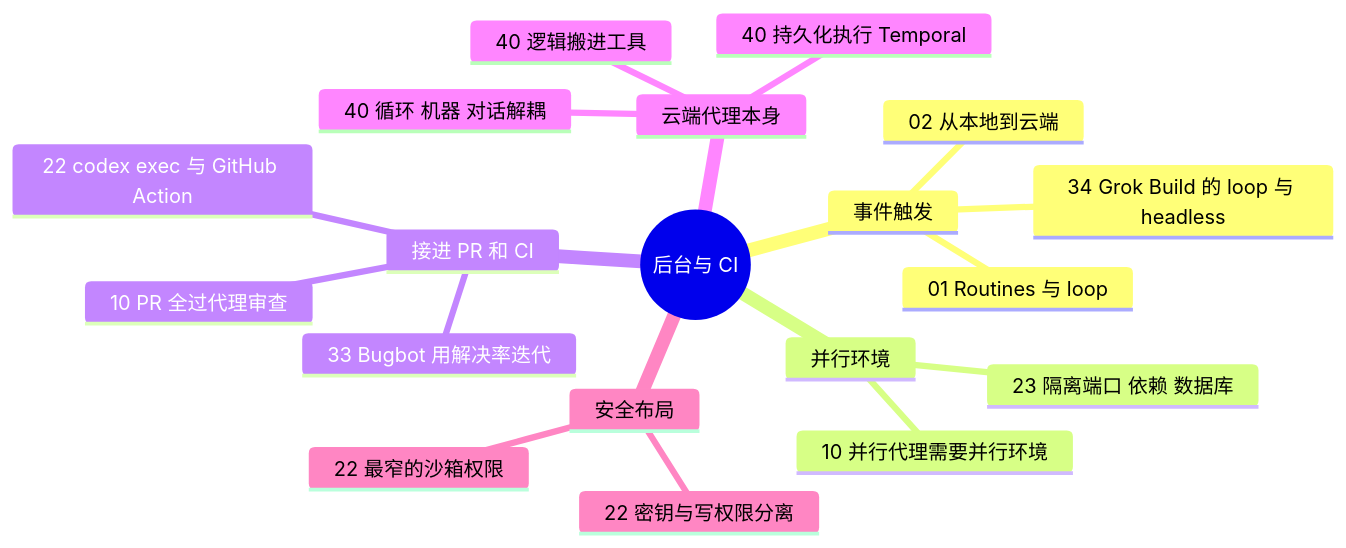
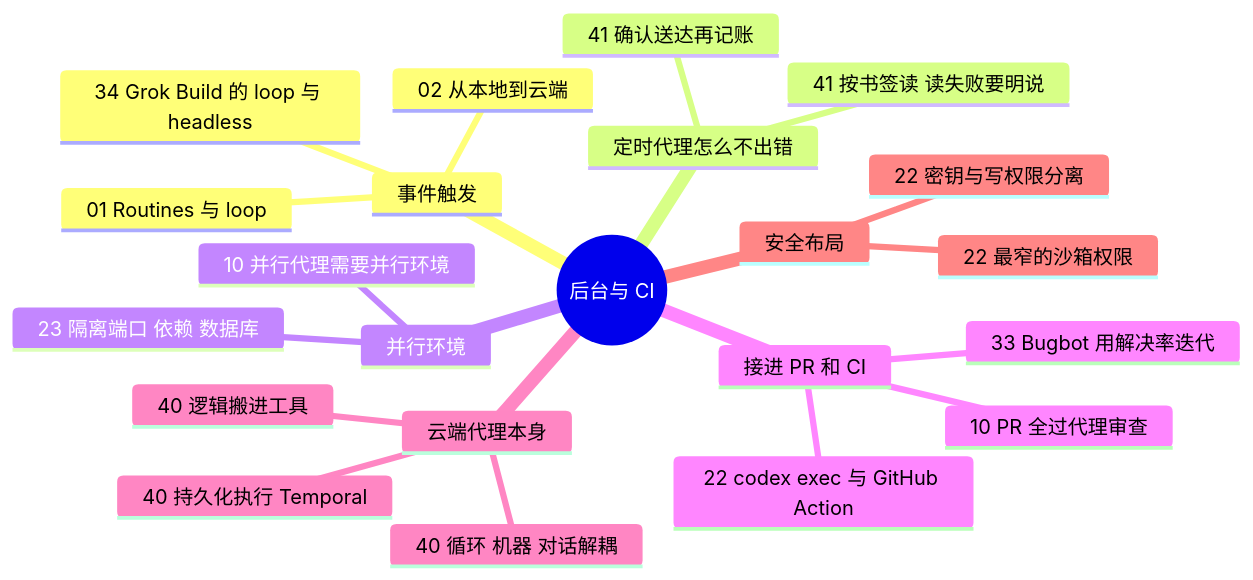
Before and after one commit to yzw7489757/ai-coding-videos: the diagram in docs/guide/automation.md, drawn with Mermaid. The commit also changed other lines of this file and 28 other files, not shown here.

````diff
--- a/docs/guide/automation.md
+++ b/docs/guide/automation.md
@@ -13,22 +13,25 @@
 ```mermaid
 mindmap
   root((后台与 CI))
     事件触发
       01 Routines 与 loop
       02 从本地到云端
       34 Grok Build 的 loop 与 headless
+    定时代理怎么不出错
+      41 按书签读 读失败要明说
+      41 确认送达再记账
     并行环境
       10 并行代理需要并行环境
       23 隔离端口 依赖 数据库
     接进 PR 和 CI
       10 PR 全过代理审查
       22 codex exec 与 GitHub Action
       33 Bugbot 用解决率迭代
     云端代理本身
       40 持久化执行 Temporal
       40 循环 机器 对话解耦
       40 逻辑搬进工具
     安全布局
       22 密钥与写权限分离
       22 最窄的沙箱权限
 ```
````
